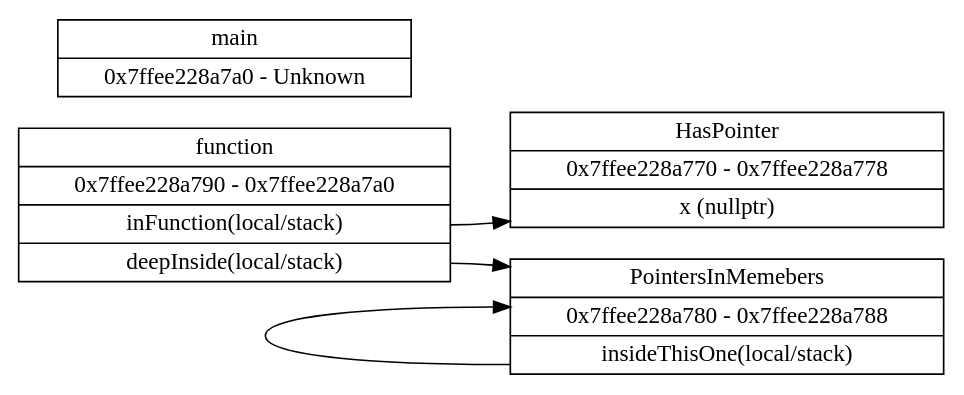
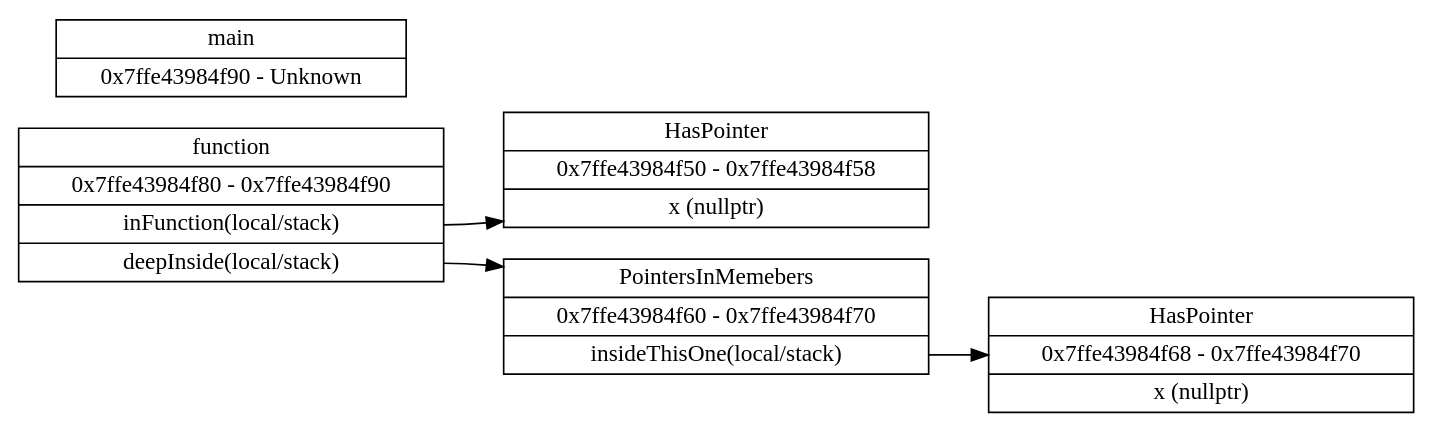
One commit to stefanos-86/Remember changed the diagram in testPrograms/pointersInside_result.dot. Above: the diagram before and after it, drawn with Graphviz. The commit also changed 2 other files, not shown here.

```diff
--- a/testPrograms/pointersInside_result.dot
+++ b/testPrograms/pointersInside_result.dot
@@ -1,11 +1,12 @@
 digraph "Memory Dump" {
 	node [shape=record]
 	rankdir=LR
-	"0x7ffee228a790":p0 -> "0x7ffee228a770"
-	"0x7ffee228a790":p1 -> "0x7ffee228a780"
-	"0x7ffee228a790" [label="function|0x7ffee228a790 - 0x7ffee228a7a0|<p0> inFunction(local/stack)|<p1> deepInside(local/stack)"]
-	"0x7ffee228a770" [label="HasPointer|0x7ffee228a770 - 0x7ffee228a778|x (nullptr)"]
-	"0x7ffee228a780":p0 -> "0x7ffee228a780"
-	"0x7ffee228a780" [label="PointersInMemebers|0x7ffee228a780 - 0x7ffee228a788|<p0> insideThisOne(local/stack)"]
-	"0x7ffee228a7a0" [label="main|0x7ffee228a7a0 - Unknown"]
+	"0x7ffe43984f80":p0 -> "0x7ffe43984f50"
+	"0x7ffe43984f80":p1 -> "0x7ffe43984f60"
+	"0x7ffe43984f80" [label="function|0x7ffe43984f80 - 0x7ffe43984f90|<p0> inFunction(local/stack)|<p1> deepInside(local/stack)"]
+	"0x7ffe43984f50" [label="HasPointer|0x7ffe43984f50 - 0x7ffe43984f58|x (nullptr)"]
+	"0x7ffe43984f60":p0 -> "0x7ffe43984f68"
+	"0x7ffe43984f60" [label="PointersInMemebers|0x7ffe43984f60 - 0x7ffe43984f70|<p0> insideThisOne(local/stack)"]
+	"0x7ffe43984f68" [label="HasPointer|0x7ffe43984f68 - 0x7ffe43984f70|x (nullptr)"]
+	"0x7ffe43984f90" [label="main|0x7ffe43984f90 - Unknown"]
 }
```
